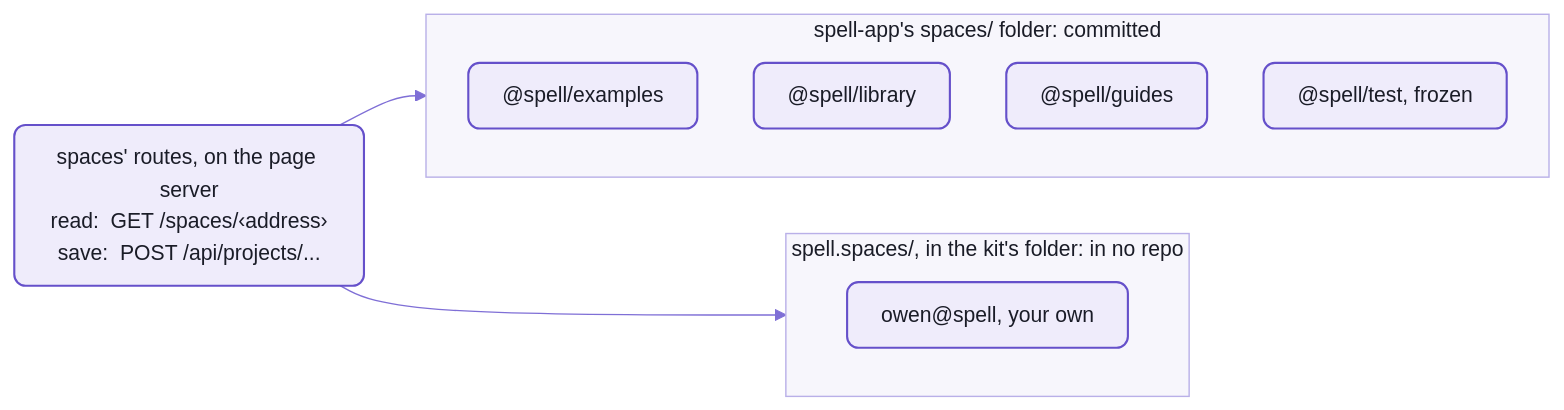
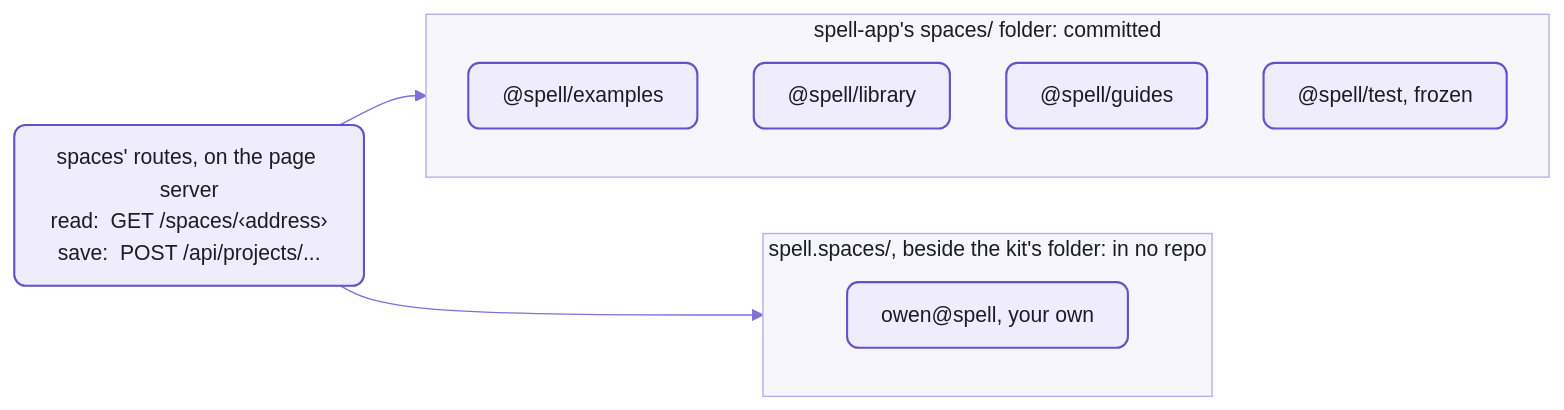
Before and after one commit to spell-app/spell: the first of 2 diagrams in app/README-spaces.md, drawn with Mermaid. The commit also changed other lines of this file and 7 other files, not shown here.

Commit message:
repo-split P23:  Leftovers -- spell.spaces is beside the kit (~/www/spell.spaces), as the code already says:  the docs, AGENTS.md files and environment.ts's comments said inside it

````diff
--- a/app/README-spaces.md
+++ b/app/README-spaces.md
@@ -37,18 +37,18 @@
 ```mermaid
 %%{init: {"theme":"base","themeVariables":{"fontFamily":"-apple-system, BlinkMacSystemFont, Segoe UI, Helvetica, Arial, sans-serif","fontSize":"15px","primaryColor":"#EFECFB","primaryBorderColor":"#6550CA","primaryTextColor":"#1A1C27","secondaryColor":"#F4F1E9","tertiaryColor":"#F7F6FC","lineColor":"#7F6FD6","textColor":"#7F6FD6","clusterBkg":"#F7F6FC","clusterBorder":"#B9B0E8","titleColor":"#1A1C27","edgeLabelBackground":"#F7F6FC","actorBkg":"#EFECFB","actorBorder":"#6550CA","actorTextColor":"#1A1C27","actorLineColor":"#9C90DE","signalColor":"#7F6FD6","signalTextColor":"#7F6FD6","labelBoxBkgColor":"#EFECFB","labelBoxBorderColor":"#6550CA","labelTextColor":"#1A1C27","loopTextColor":"#7F6FD6","noteBkgColor":"#F1E7D4","noteBorderColor":"#C9B48A","noteTextColor":"#1A1C27","activationBkgColor":"#DCD6F7","activationBorderColor":"#6550CA","sequenceNumberColor":"#FFFFFF"},"flowchart":{"curve":"basis","padding":12,"nodeSpacing":40,"rankSpacing":44}}}%%
 flowchart LR
   server["spaces' routes, on the page server<br/>read:  GET /spaces/‹address›<br/>save:  POST /api/projects/..."]
   subgraph app["spell-app's spaces/ folder:  committed"]
     examples["@spell/examples"]
     library["@spell/library"]
     guides["@spell/guides"]
     tests["@spell/test, frozen"]
   end
-  subgraph yours["spell.spaces/, in the kit's folder:  in no repo"]
+  subgraph yours["spell.spaces/, beside the kit's folder:  in no repo"]
     own["owen@spell, your own"]
   end
   server --> app
   server --> yours
   %% the Spell look:  yarn mermaid:pretty
   classDef default fill:#EFECFB,stroke:#6550CA,stroke-width:1.5px,color:#1A1C27,rx:8px,ry:8px
 ```
````
